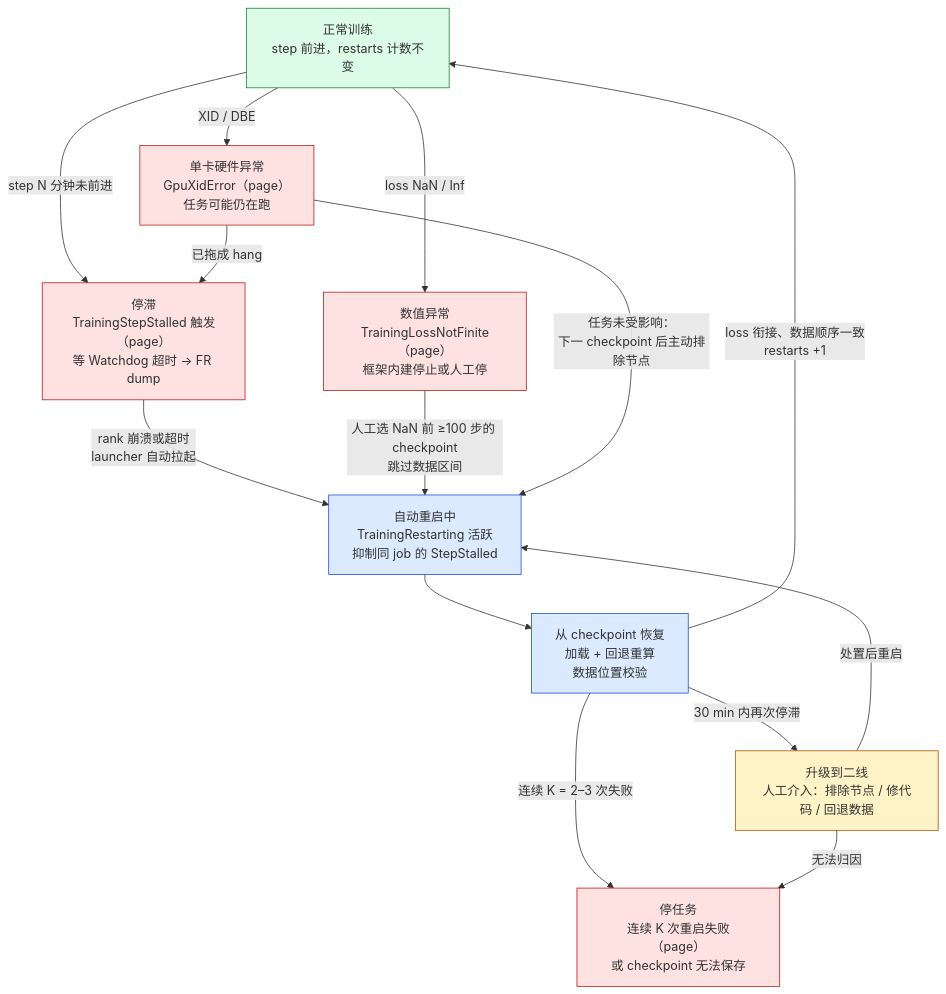
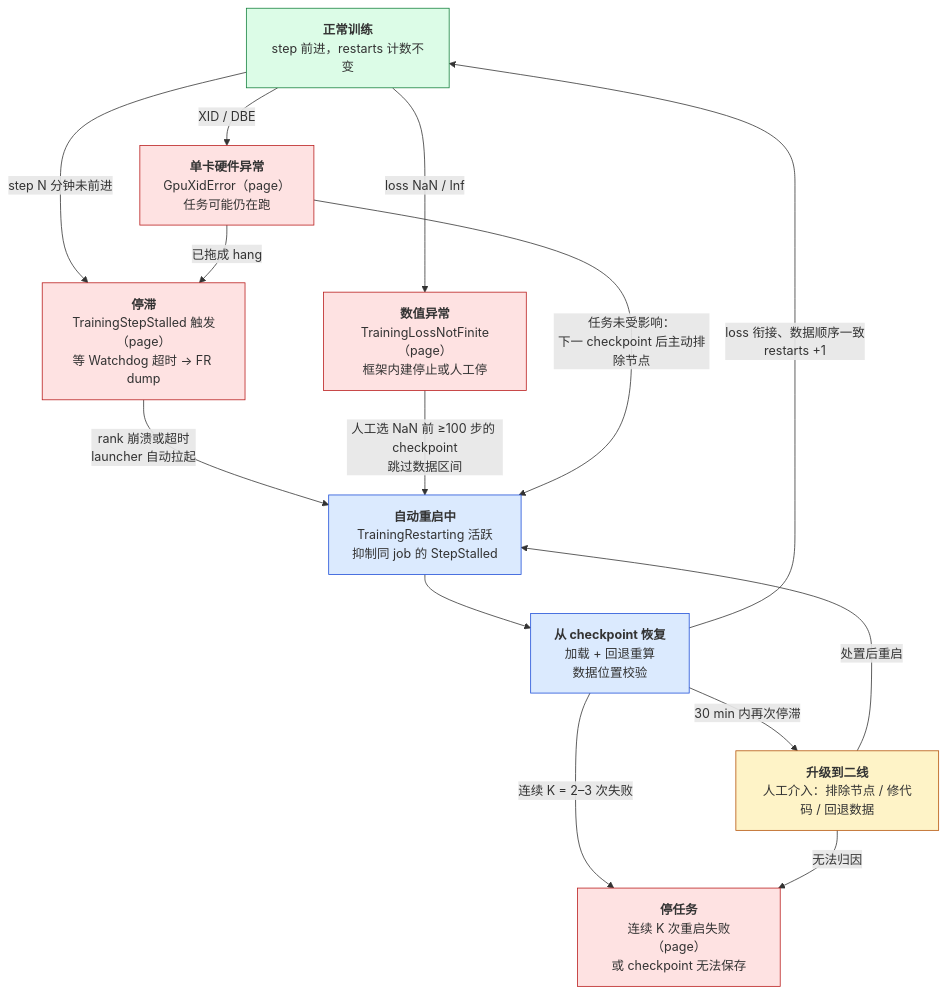
One commit to arganzheng/arganzheng.github.com changed the fifth of 5 diagrams in _posts/2026-07-29-long-running-training-observability-and-operations.md. Above: the diagram before and after it, drawn with Mermaid. The commit also changed other lines of this file and 8 other files, not shown here.

First line of the commit message:
大规模训练工程：从并行策略到容错恢复：Mermaid 多行方框的首行标为标题（9 篇）

````diff
--- a/_posts/2026-07-29-long-running-training-observability-and-operations.md
+++ b/_posts/2026-07-29-long-running-training-observability-and-operations.md
@@ -779,35 +779,35 @@
 ```mermaid
 %% 图：任务状态与告警的对应：红色会 page，蓝色是自动迁移，黄色必须有人决定
 flowchart TB
-    RUN["正常训练<br/>step 前进，restarts 计数不变"]
-    STALL["停滞<br/>TrainingStepStalled 触发（page）<br/>等 Watchdog 超时 → FR dump"]
-    NAN["数值异常<br/>TrainingLossNotFinite（page）<br/>框架内建停止或人工停"]
-    XID["单卡硬件异常<br/>GpuXidError（page）<br/>任务可能仍在跑"]
-    RESTART["自动重启中<br/>TrainingRestarting 活跃<br/>抑制同 job 的 StepStalled"]
-    RESUME["从 checkpoint 恢复<br/>加载 + 回退重算<br/>数据位置校验"]
-    ESC["升级到二线<br/>人工介入：排除节点 / 修代码 / 回退数据"]
-    STOP["停任务<br/>连续 K 次重启失败（page）<br/>或 checkpoint 无法保存"]
+    RUN["<b>正常训练</b><br/>step 前进，restarts 计数不变"]
+    STALL["<b>停滞</b><br/>TrainingStepStalled 触发（page）<br/>等 Watchdog 超时 → FR dump"]
+    NAN["<b>数值异常</b><br/>TrainingLossNotFinite（page）<br/>框架内建停止或人工停"]
+    XID["<b>单卡硬件异常</b><br/>GpuXidError（page）<br/>任务可能仍在跑"]
+    RESTART["<b>自动重启中</b><br/>TrainingRestarting 活跃<br/>抑制同 job 的 StepStalled"]
+    RESUME["<b>从 checkpoint 恢复</b><br/>加载 + 回退重算<br/>数据位置校验"]
+    ESC["<b>升级到二线</b><br/>人工介入：排除节点 / 修代码 / 回退数据"]
+    STOP["<b>停任务</b><br/>连续 K 次重启失败（page）<br/>或 checkpoint 无法保存"]
 
     RUN -->|"step N 分钟未前进"| STALL
     RUN -->|"loss NaN / Inf"| NAN
     RUN -->|"XID / DBE"| XID
     STALL -->|"rank 崩溃或超时<br/>launcher 自动拉起"| RESTART
     NAN -->|"人工选 NaN 前 ≥100 步的 checkpoint<br/>跳过数据区间"| RESTART
     XID -->|"任务未受影响：<br/>下一 checkpoint 后主动排除节点"| RESTART
     XID -->|"已拖成 hang"| STALL
     RESTART --> RESUME
     RESUME -->|"loss 衔接、数据顺序一致<br/>restarts +1"| RUN
     RESUME -->|"30 min 内再次停滞"| ESC
     RESUME -->|"连续 K = 2–3 次失败"| STOP
     ESC -->|"处置后重启"| RESTART
     ESC -->|"无法归因"| STOP
 
     classDef ok fill:#dcfce7,stroke:#15803d;
     classDef page fill:#fee2e2,stroke:#b91c1c;
     classDef auto fill:#dbeafe,stroke:#1d4ed8;
     classDef human fill:#fef3c7,stroke:#b45309;
     class RUN ok;
     class STALL,NAN,XID,STOP page;
     class RESTART,RESUME auto;
     class ESC human;
 ```
````
